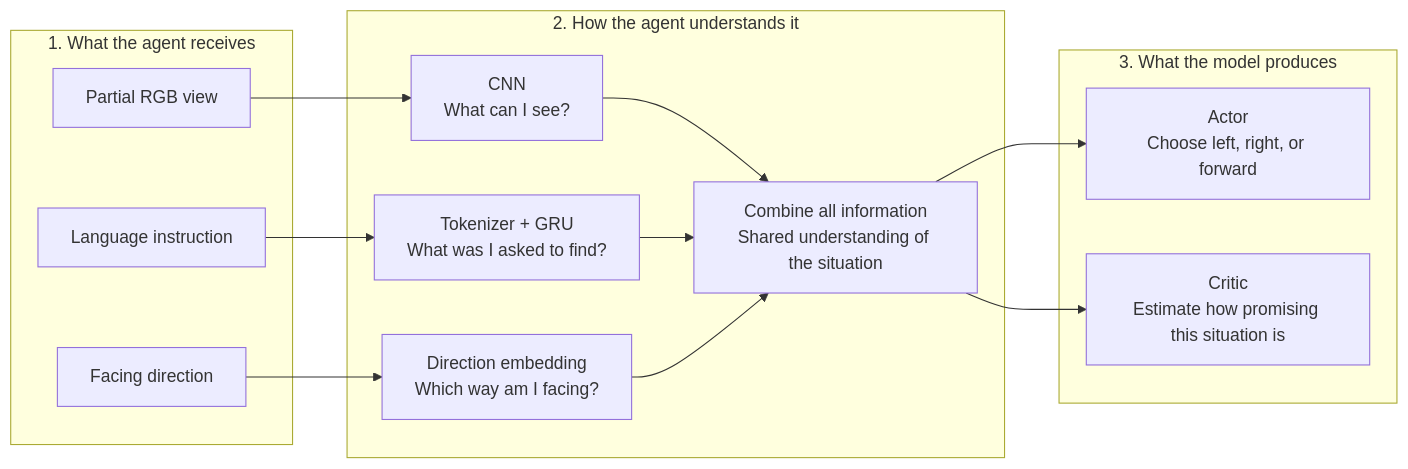
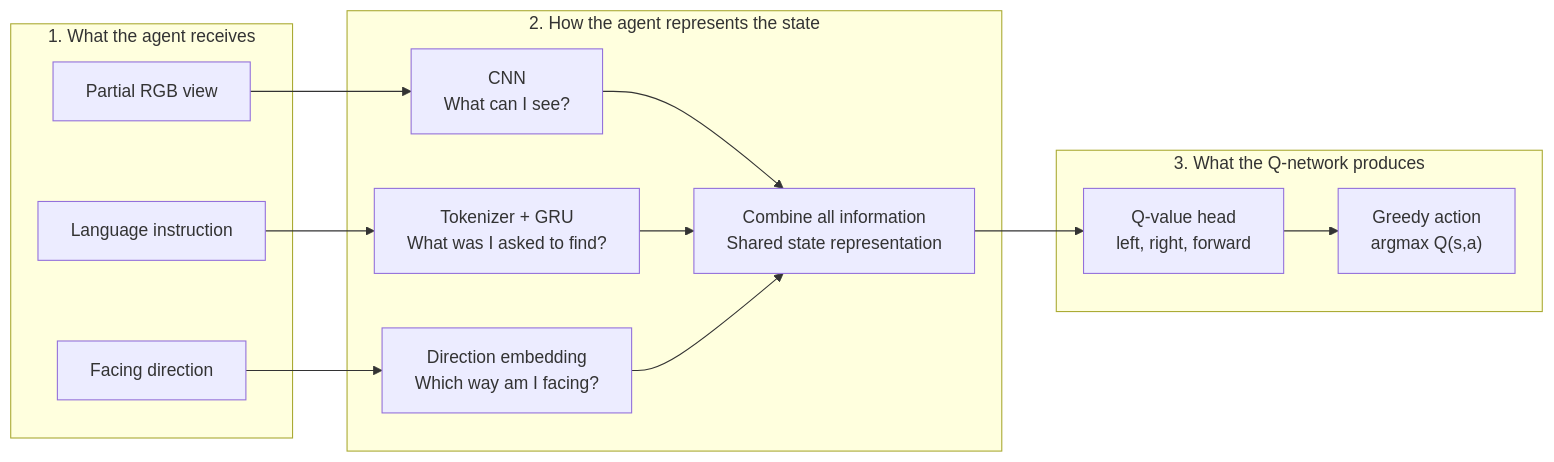
Before and after one commit to dangduong2806/Go-to-local-Baby-Env-Gymnasium-API: the diagram in Readme.md, drawn with Mermaid. The commit also changed other lines of this file, not shown here.

````diff
--- a/Readme.md
+++ b/Readme.md
@@ -29,29 +48,29 @@
 ```mermaid
 flowchart LR
     subgraph Inputs["1. What the agent receives"]
         Image["Partial RGB view"]
         Mission["Language instruction"]
         Direction["Facing direction"]
     end
 
-    subgraph Understanding["2. How the agent understands it"]
+    subgraph Understanding["2. How the agent represents the state"]
         Vision["CNN<br/>What can I see?"]
         Language["Tokenizer + GRU<br/>What was I asked to find?"]
         Orientation["Direction embedding<br/>Which way am I facing?"]
-        Fusion["Combine all information<br/>Shared understanding of the situation"]
+        Fusion["Combine all information<br/>Shared state representation"]
     end
 
-    subgraph Decisions["3. What the model produces"]
-        Actor["Actor<br/>Choose left, right, or forward"]
-        Critic["Critic<br/>Estimate how promising this situation is"]
+    subgraph Decision["3. What the Q-network produces"]
+        QHead["Q-value head<br/>left, right, forward"]
+        Greedy["Greedy action<br/>argmax Q(s,a)"]
     end
 
     Image --> Vision
     Mission --> Language
     Direction --> Orientation
     Vision --> Fusion
     Language --> Fusion
     Orientation --> Fusion
-    Fusion --> Actor
-    Fusion --> Critic
+    Fusion --> QHead
+    QHead --> Greedy
 ```
````
